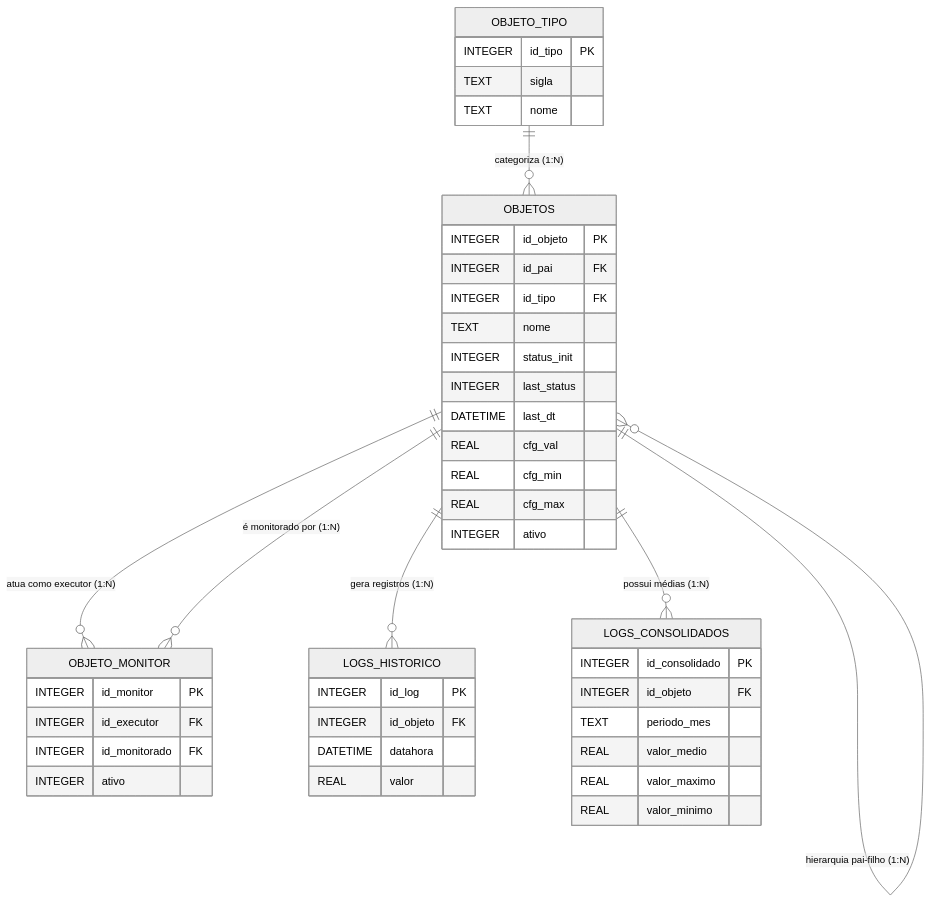
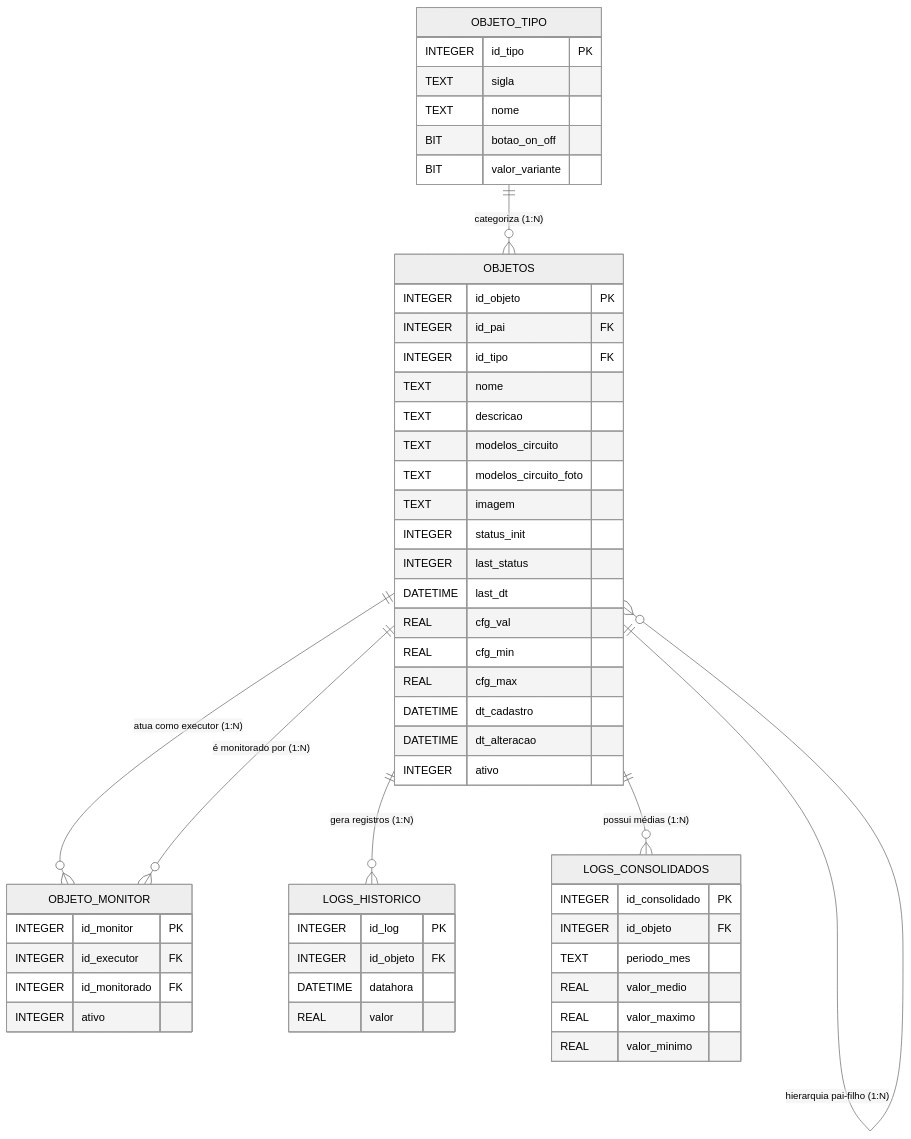
The first of 2 diagrams in doc/database.md (j-a-vicente/Projeto_hack_domestico_refrigeracao), drawn with Mermaid (neutral theme) before and after one commit. The commit also changed other lines of this file and 2 other files, not shown here.

````diff
--- a/doc/database.md
+++ b/doc/database.md
@@ -16,53 +16,61 @@
 ```mermaid
 erDiagram
     OBJETO_TIPO ||--o{ OBJETOS : "categoriza (1:N)"
     OBJETOS ||--o{ OBJETOS : "hierarquia pai-filho (1:N)"
     OBJETOS ||--o{ OBJETO_MONITOR : "atua como executor (1:N)"
     OBJETOS ||--o{ OBJETO_MONITOR : "é monitorado por (1:N)"
     OBJETOS ||--o{ LOGS_HISTORICO : "gera registros (1:N)"
     OBJETOS ||--o{ LOGS_CONSOLIDADOS : "possui médias (1:N)"
 
     OBJETO_TIPO {
         INTEGER id_tipo PK 
         TEXT sigla 
         TEXT nome 
+        BIT botao_on_off
+        BIT valor_variante
     }
 
     OBJETOS {
         INTEGER id_objeto PK 
         INTEGER id_pai FK 
         INTEGER id_tipo FK 
         TEXT nome 
+        TEXT descricao
+        TEXT modelos_circuito
+        TEXT modelos_circuito_foto
+        TEXT imagem
         INTEGER status_init 
         INTEGER last_status 
         DATETIME last_dt 
         REAL cfg_val 
         REAL cfg_min 
         REAL cfg_max 
+        DATETIME dt_cadastro
+        DATETIME dt_alteracao
         INTEGER ativo 
     }
 
     OBJETO_MONITOR {
         INTEGER id_monitor PK 
         INTEGER id_executor FK 
         INTEGER id_monitorado FK 
         INTEGER ativo 
     }
 
     LOGS_HISTORICO {
         INTEGER id_log PK 
         INTEGER id_objeto FK 
         DATETIME datahora 
         REAL valor 
     }
 
     LOGS_CONSOLIDADOS {
         INTEGER id_consolidado PK
         INTEGER id_objeto FK
         TEXT periodo_mes
         REAL valor_medio
         REAL valor_maximo
         REAL valor_minimo
     }
 
 ```
````
